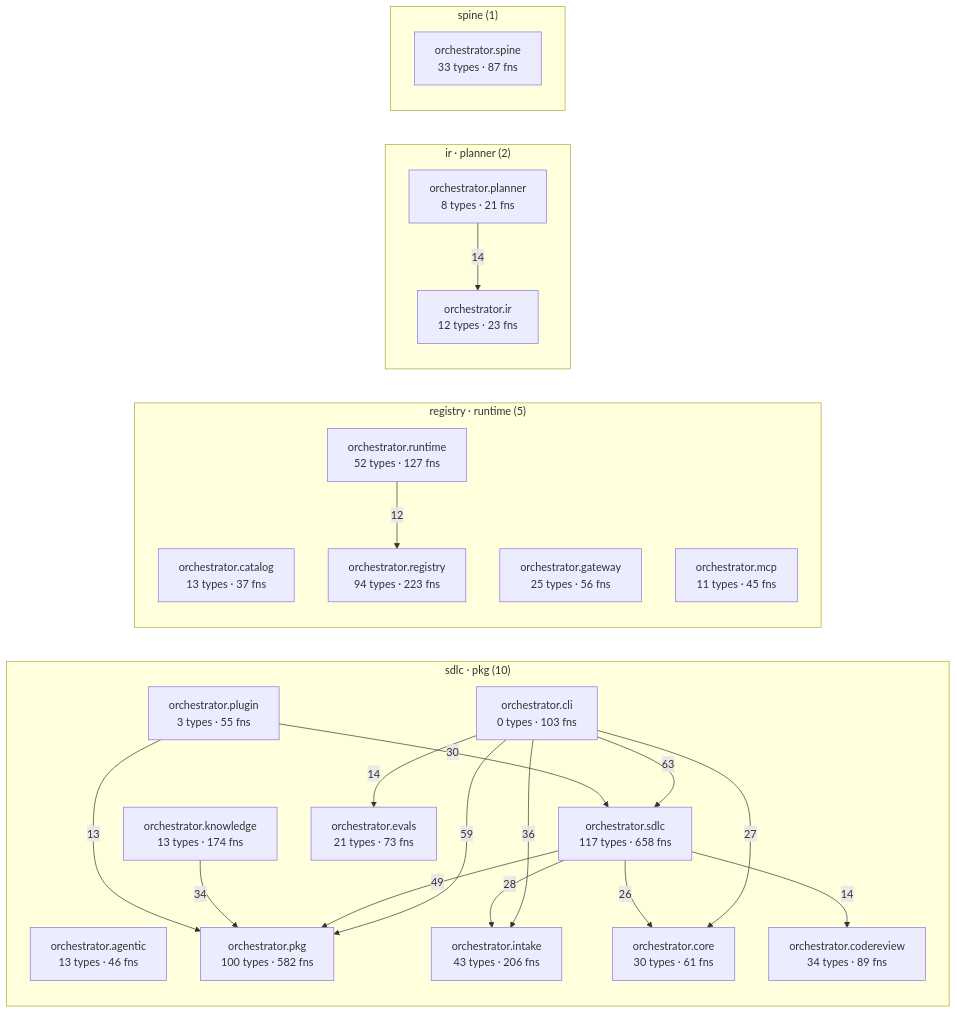
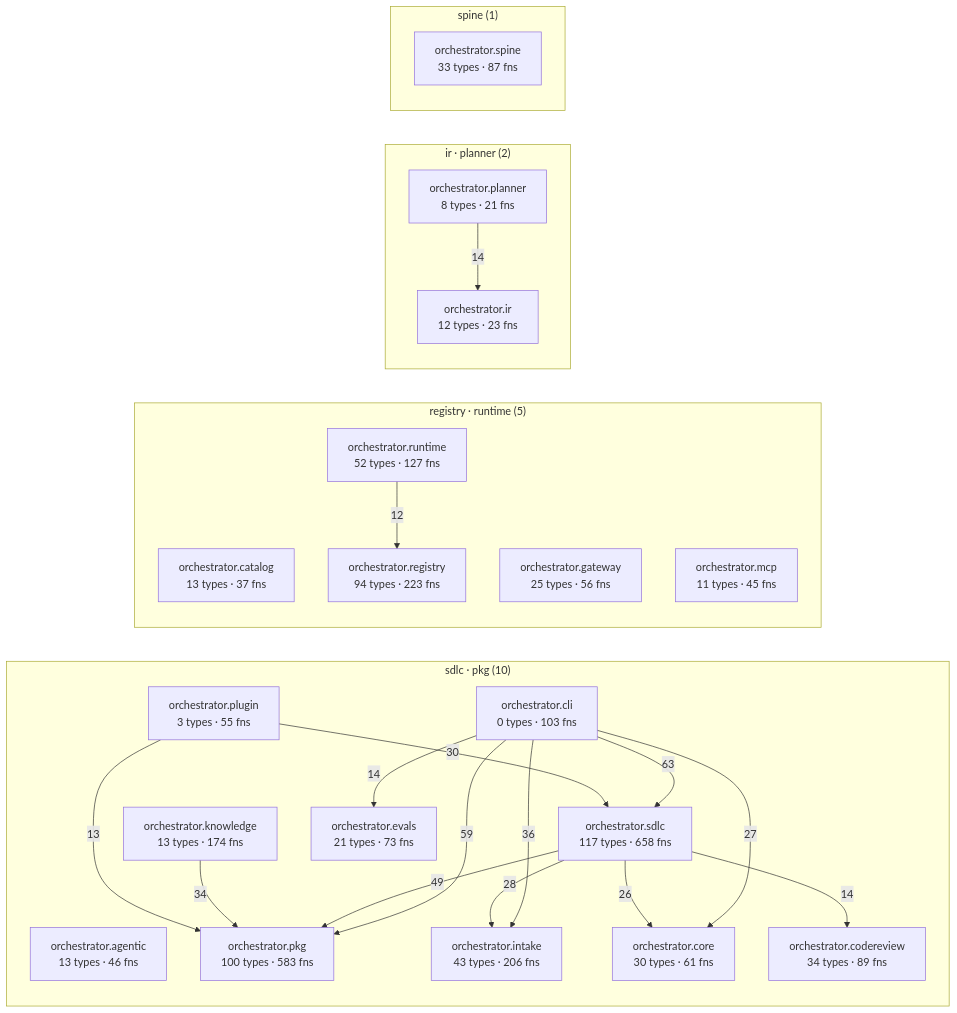
The diagram in episteme/architecture.md (synaptixs/spine), drawn with Mermaid before and after one commit. The commit also changed other lines of this file and 8 other files, not shown here.

````diff
--- a/episteme/architecture.md
+++ b/episteme/architecture.md
@@ -54,43 +54,43 @@
 ```mermaid
 flowchart LR
   subgraph c_2["sdlc · pkg (10)"]
     aorchestratoragentic["orchestrator.agentic<br/>13 types · 46 fns"]
     aorchestratorcli["orchestrator.cli<br/>0 types · 103 fns"]
     aorchestratorcodereview["orchestrator.codereview<br/>34 types · 89 fns"]
     aorchestratorcore["orchestrator.core<br/>30 types · 61 fns"]
     aorchestratorevals["orchestrator.evals<br/>21 types · 73 fns"]
     aorchestratorintake["orchestrator.intake<br/>43 types · 206 fns"]
     aorchestratorknowledge["orchestrator.knowledge<br/>13 types · 174 fns"]
-    aorchestratorpkg["orchestrator.pkg<br/>100 types · 582 fns"]
+    aorchestratorpkg["orchestrator.pkg<br/>100 types · 583 fns"]
     aorchestratorplugin["orchestrator.plugin<br/>3 types · 55 fns"]
     aorchestratorsdlc["orchestrator.sdlc<br/>117 types · 658 fns"]
   end
   subgraph c_4["registry · runtime (5)"]
     aorchestratorcatalog["orchestrator.catalog<br/>13 types · 37 fns"]
     aorchestratorgateway["orchestrator.gateway<br/>25 types · 56 fns"]
     aorchestratormcp["orchestrator.mcp<br/>11 types · 45 fns"]
     aorchestratorregistry["orchestrator.registry<br/>94 types · 223 fns"]
     aorchestratorruntime["orchestrator.runtime<br/>52 types · 127 fns"]
   end
   subgraph c_7["ir · planner (2)"]
     aorchestratorir["orchestrator.ir<br/>12 types · 23 fns"]
     aorchestratorplanner["orchestrator.planner<br/>8 types · 21 fns"]
   end
   subgraph c_10["spine (1)"]
     aorchestratorspine["orchestrator.spine<br/>33 types · 87 fns"]
   end
   aorchestratorcli -->|63| aorchestratorsdlc
   aorchestratorcli -->|59| aorchestratorpkg
   aorchestratorsdlc -->|49| aorchestratorpkg
   aorchestratorcli -->|36| aorchestratorintake
   aorchestratorknowledge -->|34| aorchestratorpkg
   aorchestratorplugin -->|30| aorchestratorsdlc
   aorchestratorsdlc -->|28| aorchestratorintake
   aorchestratorcli -->|27| aorchestratorcore
   aorchestratorsdlc -->|26| aorchestratorcore
   aorchestratorcli -->|14| aorchestratorevals
   aorchestratorplanner -->|14| aorchestratorir
   aorchestratorsdlc -->|14| aorchestratorcodereview
   aorchestratorplugin -->|13| aorchestratorpkg
   aorchestratorruntime -->|12| aorchestratorregistry
 ```
````
